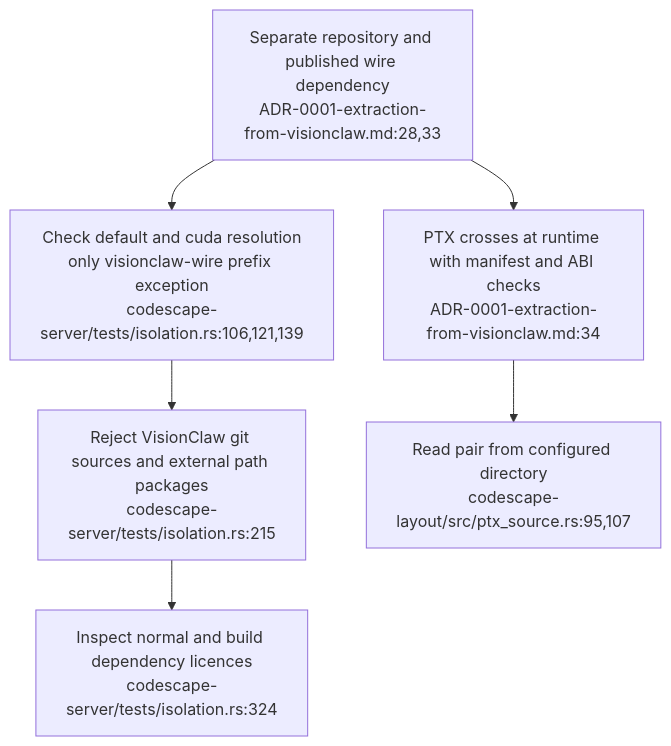
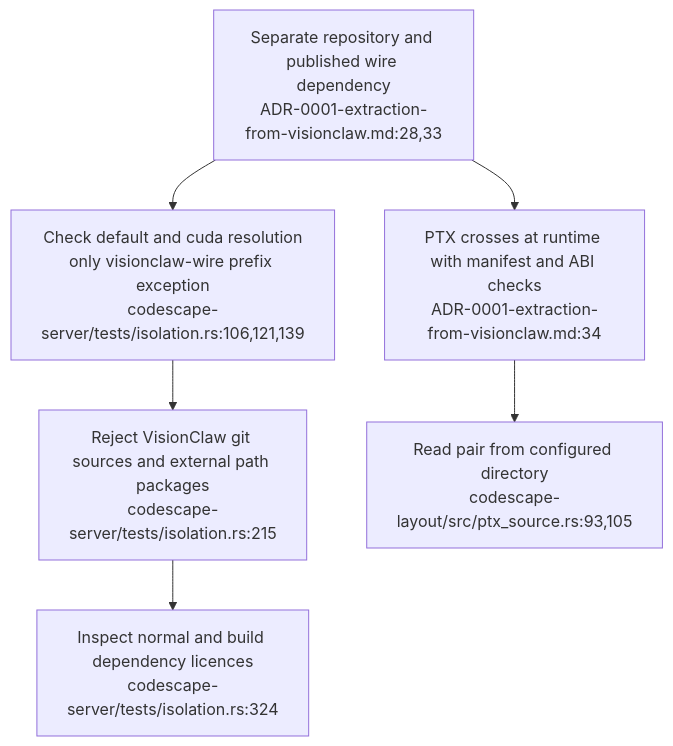
The first of 4 diagrams in docs/diagrams/visionclaw/42-codescape-command-policy-and-runtime-artefacts.md (DreamLab-AI/VisionFlow), drawn with Mermaid before and after one commit. The commit also changed other lines of this file and 173 other files, not shown here.

````diff
--- a/docs/diagrams/visionclaw/42-codescape-command-policy-and-runtime-artefacts.md
+++ b/docs/diagrams/visionclaw/42-codescape-command-policy-and-runtime-artefacts.md
@@ -35,8 +35,8 @@
 ```mermaid
 flowchart TD
     DEC["Separate repository and published wire dependency<br/>ADR-0001-extraction-from-visionclaw.md:28,33"] --> ISO["Check default and cuda resolution<br/>only visionclaw-wire prefix exception<br/>codescape-server/tests/isolation.rs:106,121,139"]
     ISO --> PATH["Reject VisionClaw git sources and external path packages<br/>codescape-server/tests/isolation.rs:215"]
     PATH --> LIC["Inspect normal and build dependency licences<br/>codescape-server/tests/isolation.rs:324"]
     DEC --> GPU["PTX crosses at runtime with manifest and ABI checks<br/>ADR-0001-extraction-from-visionclaw.md:34"]
-    GPU --> LOAD["Read pair from configured directory<br/>codescape-layout/src/ptx_source.rs:95,107"]
+    GPU --> LOAD["Read pair from configured directory<br/>codescape-layout/src/ptx_source.rs:93,105"]
 ```
````
